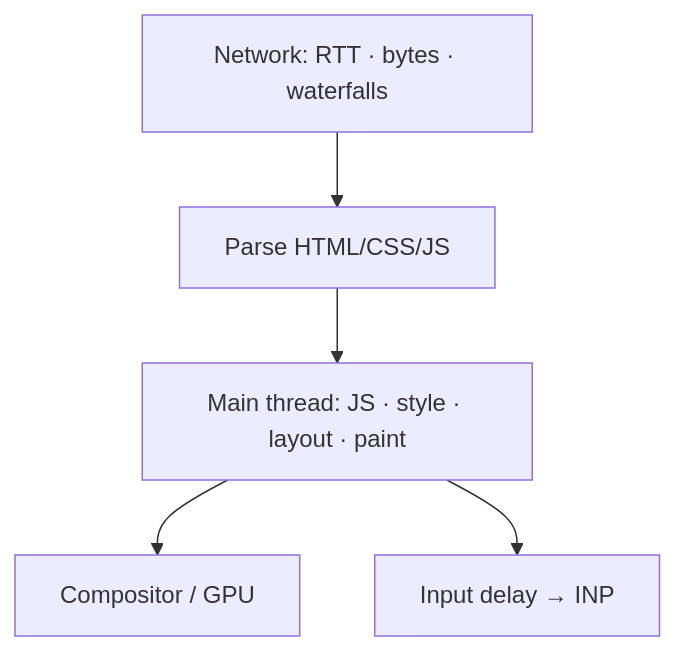
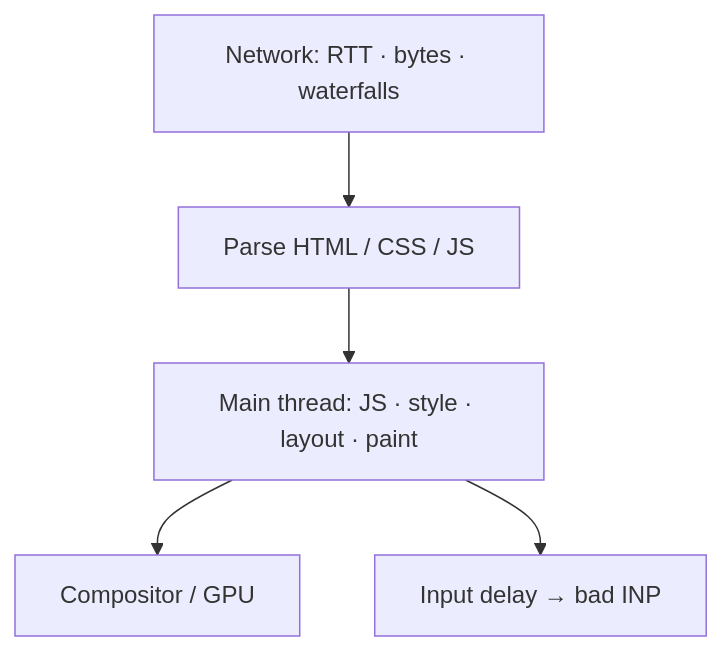
Before and after one commit to prajjwaljogdand/FullstackPreparation: the second of 6 diagrams in docs/javascript/22-performance.md, drawn with Mermaid. The commit also changed other lines of this file and 91 other files, not shown here.

````diff
--- a/docs/javascript/22-performance.md
+++ b/docs/javascript/22-performance.md
@@ -39,7 +52,7 @@
 ```mermaid
 flowchart TB
-  net["Network: RTT · bytes · waterfalls"] --> parse["Parse HTML/CSS/JS"]
+  net["Network: RTT · bytes · waterfalls"] --> parse["Parse HTML / CSS / JS"]
   parse --> main["Main thread: JS · style · layout · paint"]
   main --> gpu["Compositor / GPU"]
-  main --> inp["Input delay → INP"]
+  main --> inp["Input delay → bad INP"]
 ```
````
